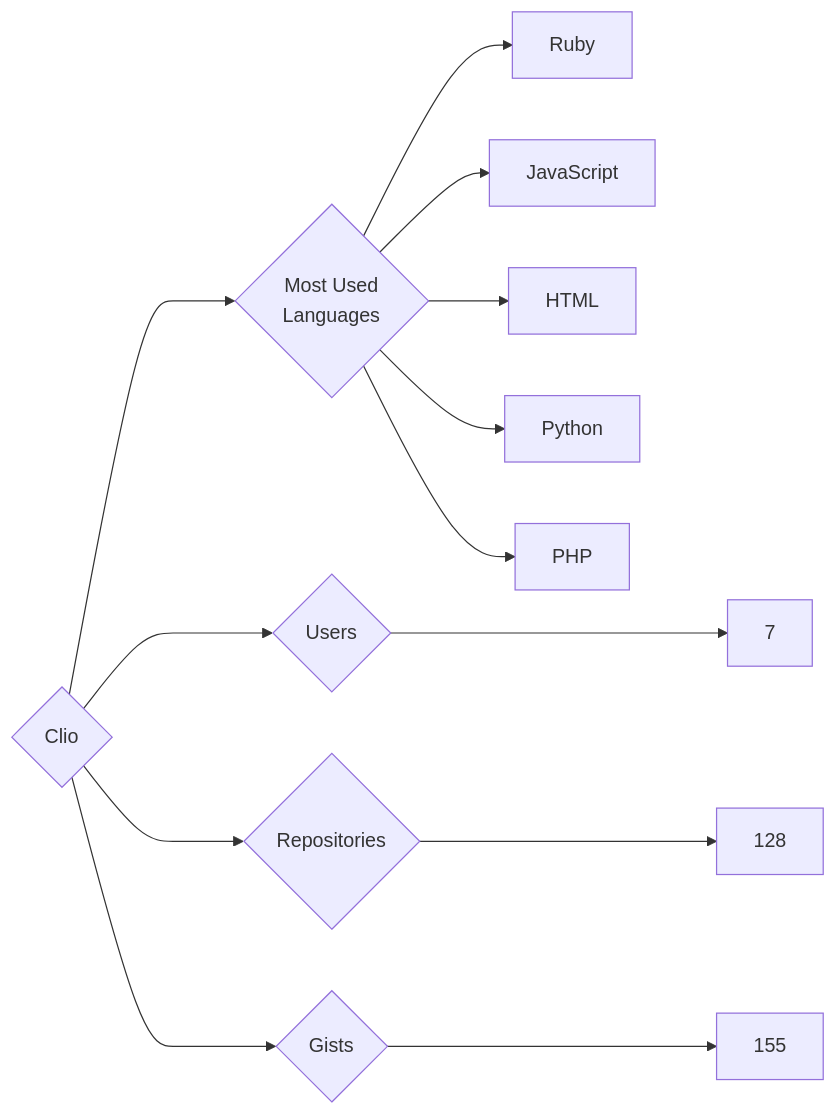
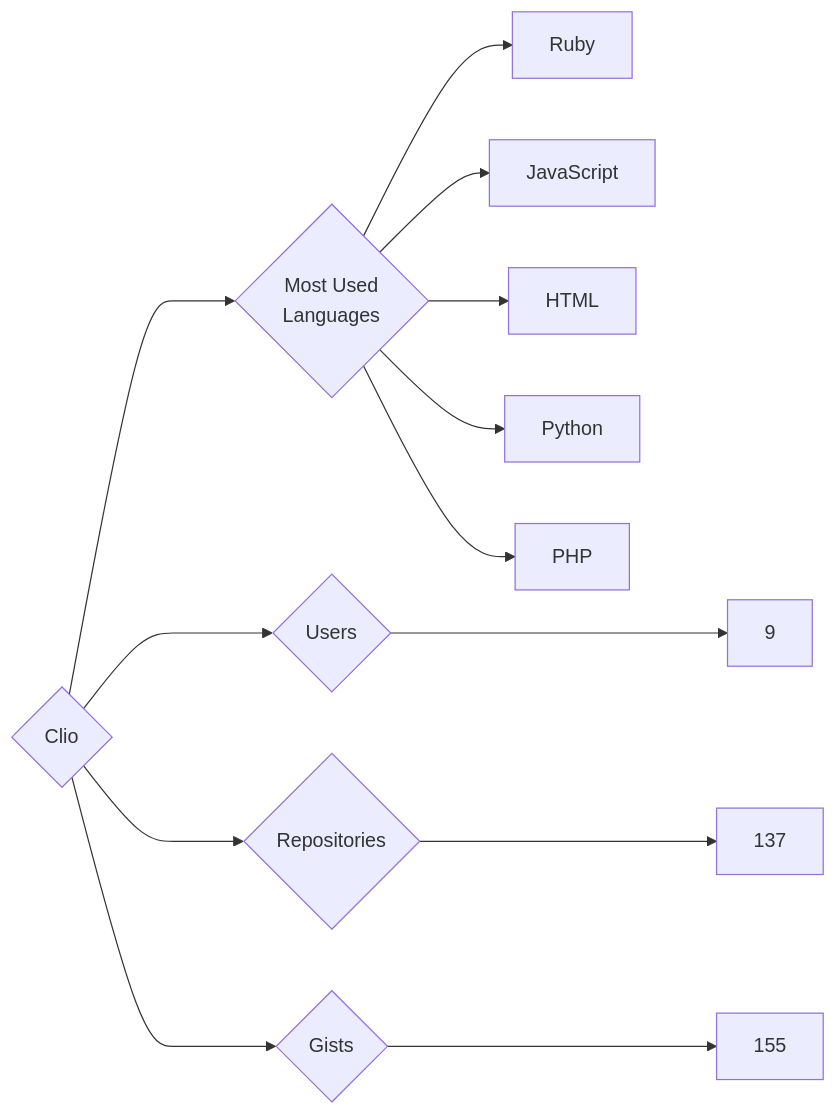
Before and after one commit to trickest/insiders: the diagram in targets/Clio/README.md, drawn with Mermaid. The commit also changed 823 other files, not shown here.

````diff
--- a/targets/Clio/README.md
+++ b/targets/Clio/README.md
@@ -3,13 +3,13 @@
 ```mermaid
 graph LR
 COMPANY_NAME{Clio}
-COMPANY_NAME ---> U{Users} ---> UN[7]
-COMPANY_NAME ---> R{Repositories} ---> RN[128]
+COMPANY_NAME ---> U{Users} ---> UN[9]
+COMPANY_NAME ---> R{Repositories} ---> RN[137]
 COMPANY_NAME ---> G{Gists} ---> GN[155]
 COMPANY_NAME ---> ML{Most Used<br>Languages}
 ML --> Ruby[Ruby]
 ML --> JavaScript[JavaScript]
 ML --> HTML[HTML]
 ML --> Python[Python]
 ML --> PHP[PHP]
 ```
````
